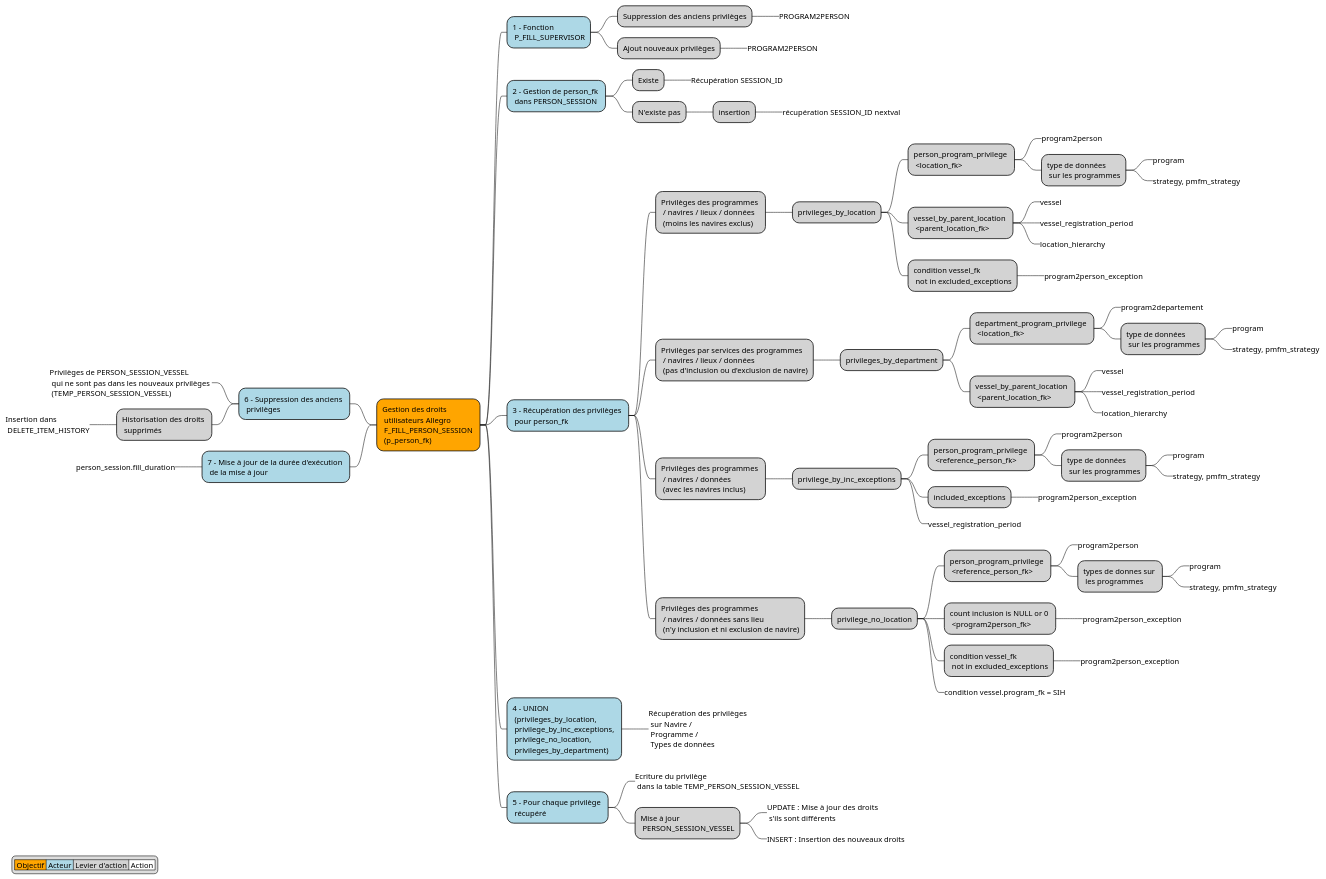
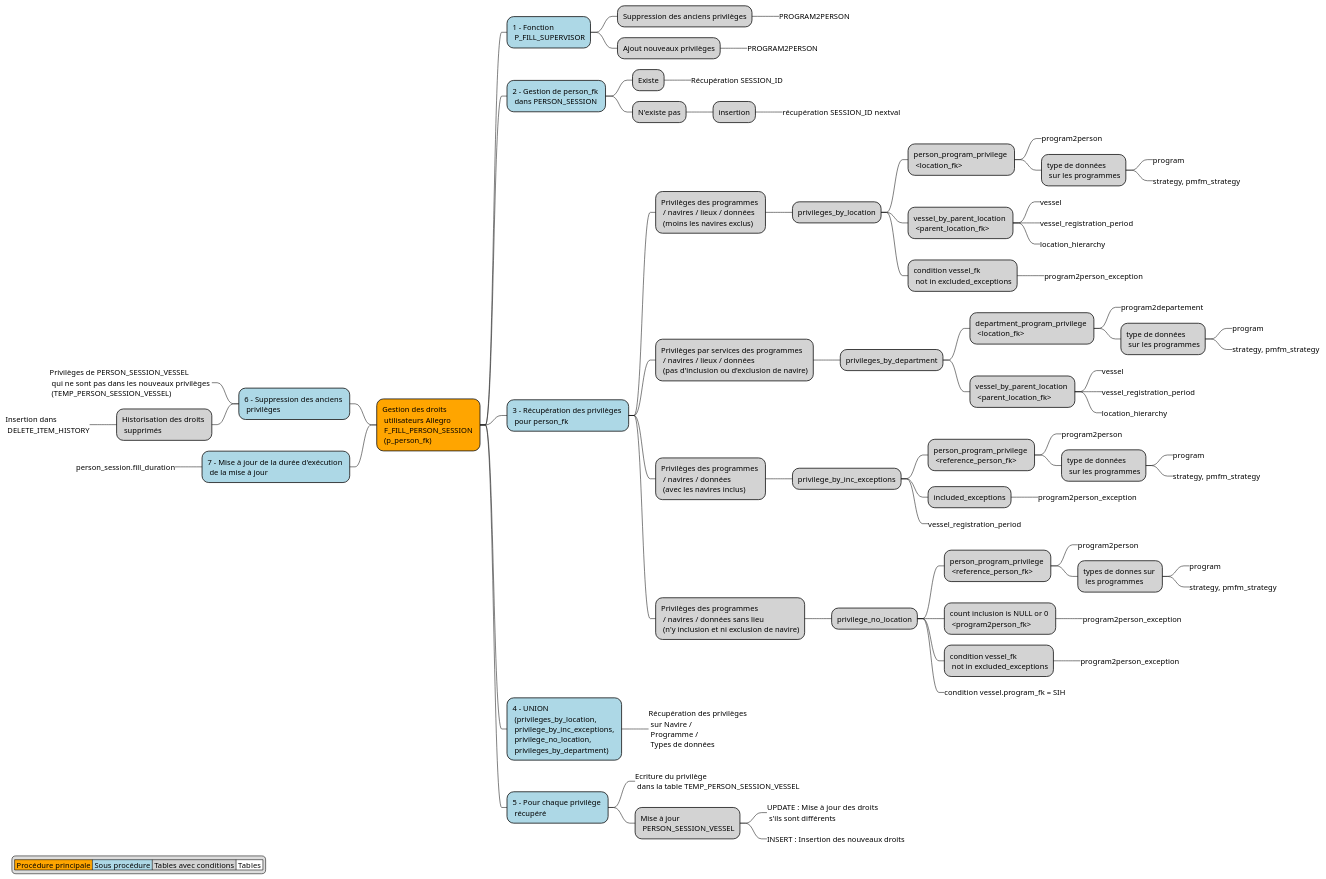
Before and after one commit to sumaris-net/sumaris-doc: the diagram in projects/common/tec/tec-24-001-mastermind-gestion-droits-Allegro.puml, drawn with PlantUML. The commit also changed 1 other file, not shown here.

```diff
--- a/projects/common/tec/tec-24-001-mastermind-gestion-droits-Allegro.puml
+++ b/projects/common/tec/tec-24-001-mastermind-gestion-droits-Allegro.puml
@@ -1,104 +1,104 @@
 @startmindmap
 <style>
 node {
      BackgroundColor LightGray
 }
 :depth(0) {
      BackgroundColor Orange
 }
 :depth(1) {
      BackgroundColor LightBlue
 }
 leafNode {
     LineColor white
     RoundCorner 0
     Padding 0
     BackgroundColor none
 }
 </style>
 hide empty members
 * Gestion des droits \n utilisateurs Allegro \n F_FILL_PERSON_SESSION \n (p_person_fk)
     * 1 - Fonction \n P_FILL_SUPERVISOR
         * Suppression des anciens privilèges
             * PROGRAM2PERSON
         * Ajout nouveaux privilèges
             * PROGRAM2PERSON
     * 2 - Gestion de person_fk \n dans PERSON_SESSION
         * Existe
             * Récupération SESSION_ID
         * N'existe pas
             * insertion
                 * récupération SESSION_ID nextval
 
     * 3 - Récupération des privilèges \n pour person_fk
         * Privilèges des programmes \n / navires / lieux / données \n (moins les navires exclus)
             * privileges_by_location
                 * person_program_privilege \n <location_fk>
                     * program2person
                     * type de données \n sur les programmes
                         * program
                         * strategy, pmfm_strategy
                 * vessel_by_parent_location \n <parent_location_fk>
                     * vessel
                     * vessel_registration_period
                     * location_hierarchy
                 * condition vessel_fk \n not in excluded_exceptions
                     * program2person_exception
         * Privilèges par services des programmes \n / navires / lieux / données \n (pas d'inclusion ou d'exclusion de navire)
             * privileges_by_department
                 * department_program_privilege \n <location_fk>
                     * program2departement
                     * type de données \n sur les programmes
                         * program
                         * strategy, pmfm_strategy
                 * vessel_by_parent_location \n <parent_location_fk>
                     * vessel
                     * vessel_registration_period
                     * location_hierarchy
         * Privilèges des programmes \n / navires / données \n (avec les navires inclus)
             * privilege_by_inc_exceptions
                 * person_program_privilege \n <reference_person_fk>
                     * program2person
                     * type de données \n sur les programmes
                         * program
                         * strategy, pmfm_strategy
                 * included_exceptions
                     * program2person_exception
                 * vessel_registration_period
         * Privilèges des programmes \n / navires / données sans lieu \n (n'y inclusion et ni exclusion de navire)
             * privilege_no_location
                 * person_program_privilege \n <reference_person_fk>
                     * program2person
                     * types de donnes sur \n les programmes
                         * program
                         * strategy, pmfm_strategy
                 * count inclusion is NULL or 0 \n <program2person_fk>
                     * program2person_exception
                 * condition vessel_fk \n not in excluded_exceptions
                     * program2person_exception
                 * condition vessel.program_fk = SIH
 
 
     * 4 - UNION \n (privileges_by_location, \n privilege_by_inc_exceptions, \n privilege_no_location, \n privileges_by_department)
         * Récupération des privilèges \n sur Navire / \n Programme / \n Types de données
 
     * 5 - Pour chaque privilège \n récupéré
         * Ecriture du privilège \n dans la table TEMP_PERSON_SESSION_VESSEL
         * Mise à jour \n PERSON_SESSION_VESSEL
             * UPDATE : Mise à jour des droits \n s'ils sont différents
             * INSERT : Insertion des nouveaux droits
 
 
     left side
     * 6 - Suppression des anciens \n privilèges
         * Privilèges de PERSON_SESSION_VESSEL \n qui ne sont pas dans les nouveaux privilèges \n (TEMP_PERSON_SESSION_VESSEL)
         * Historisation des droits \n supprimés
             * Insertion dans \n DELETE_ITEM_HISTORY
     * 7 - Mise à jour de la durée d'exécution \n de la mise à jour
         * person_session.fill_duration
 
 legend left
-|<#Orange> Objectif | <#LightBlue> Acteur |<#LightGray> Levier d'action | <#White> Action |
+|<#Orange> Procédure principale | <#LightBlue> Sous procédure |<#LightGray> Tables avec conditions | <#White> Tables |
 endlegend
 
 @endmindmap
```
